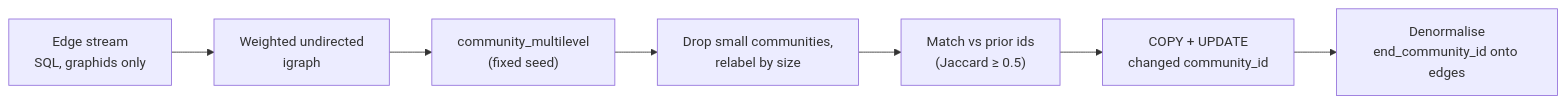
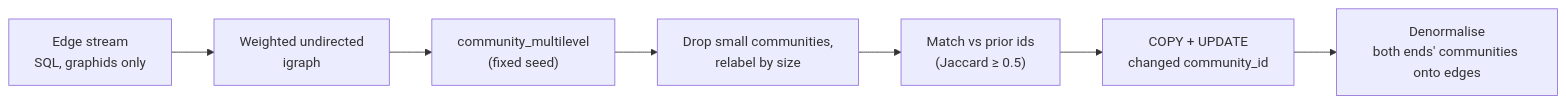
One commit to pomentum/graphos changed the second of 2 diagrams in docs/features.md. Above: the diagram before and after it, drawn with Mermaid. The commit also changed other lines of this file and 11 other files, not shown here.

````diff
--- a/docs/features.md
+++ b/docs/features.md
@@ -245,11 +246,11 @@
 ```mermaid
 flowchart LR
     A["Edge stream<br/>SQL, graphids only"]
     B["Weighted undirected<br/>igraph"]
     C["community_multilevel<br/>(fixed seed)"]
     D["Drop small communities,<br/>relabel by size"]
     E["Match vs prior ids<br/>(Jaccard ≥ 0.5)"]
     F["COPY + UPDATE<br/>changed community_id"]
-    G["Denormalise<br/>end_community_id onto edges"]
+    G["Denormalise<br/>both ends' communities onto edges"]
     A --> B --> C --> D --> E --> F --> G
 ```
````
